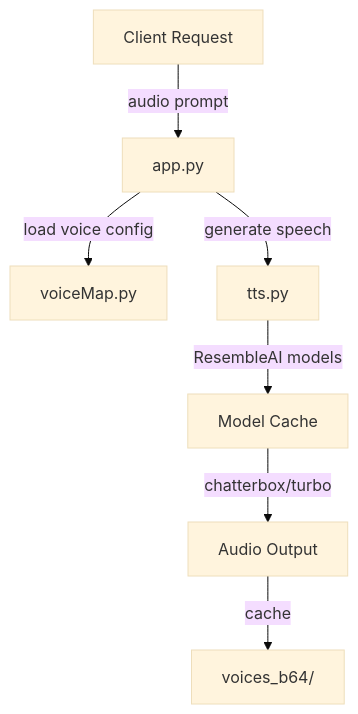
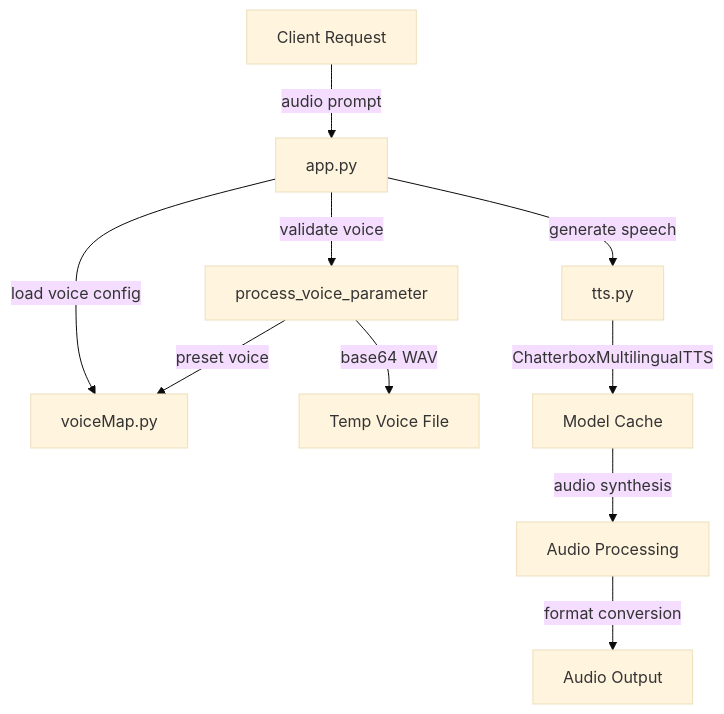
One commit to pollinations/pollinations changed the diagram in text.pollinations.ai/audio/README.md. Above: the diagram before and after it, drawn with Mermaid (base theme). The commit also changed other lines of this file, not shown here.

````diff
--- a/text.pollinations.ai/audio/README.md
+++ b/text.pollinations.ai/audio/README.md
@@ -6,9 +8,12 @@
 ```mermaid
 graph TD
     A[Client Request] -->|audio prompt| B[app.py]
     B -->|load voice config| C[voiceMap.py]
-    B -->|generate speech| D[tts.py]
-    D -->|ResembleAI models| E[Model Cache]
-    E -->|chatterbox/turbo| F[Audio Output]
-    F -->|cache| G[voices_b64/]
+    B -->|validate voice| D[process_voice_parameter]
+    D -->|preset voice| C
+    D -->|base64 WAV| E[Temp Voice File]
+    B -->|generate speech| F[tts.py]
+    F -->|ChatterboxMultilingualTTS| G[Model Cache]
+    G -->|audio synthesis| H[Audio Processing]
+    H -->|format conversion| I[Audio Output]
 ```
````
